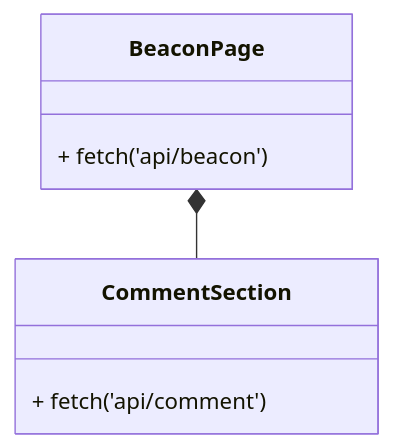
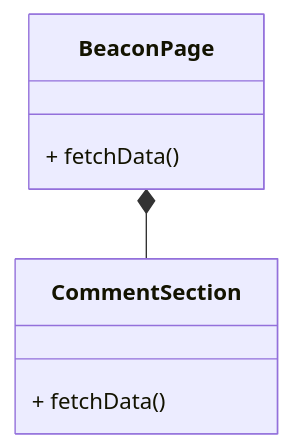
Before and after one commit to jenniferlieu/project-lomo-in-person-gaming-app: the third of 5 diagrams in documentation/docs/system-architecture/classdiagrams.md, drawn with Mermaid. The commit also changed other lines of this file, not shown here.

Commit message:
Add more components to the frontend class diagrams

````diff
--- a/documentation/docs/system-architecture/classdiagrams.md
+++ b/documentation/docs/system-architecture/classdiagrams.md
@@ -166,12 +171,11 @@
 ```mermaid
 classDiagram
     BeaconPage *-- CommentSection
 
     class BeaconPage{
-        + fetch('api/beacon')
+        + fetchData()
     }
-
     class CommentSection{
-        + fetch('api/comment')
+        + fetchData()
     }
 ```
````
